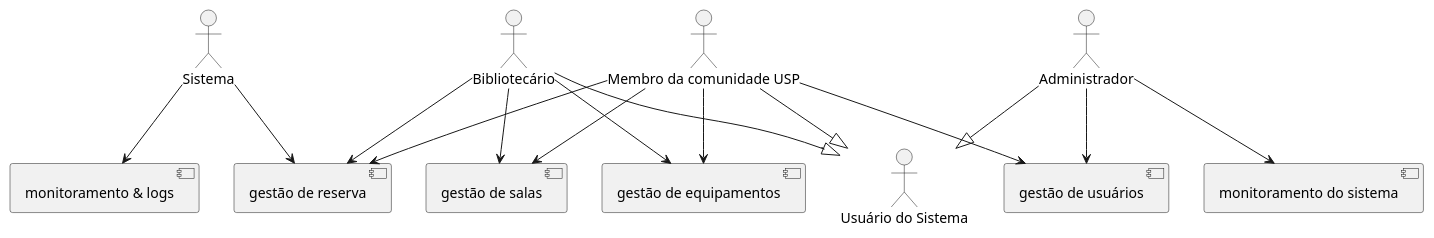
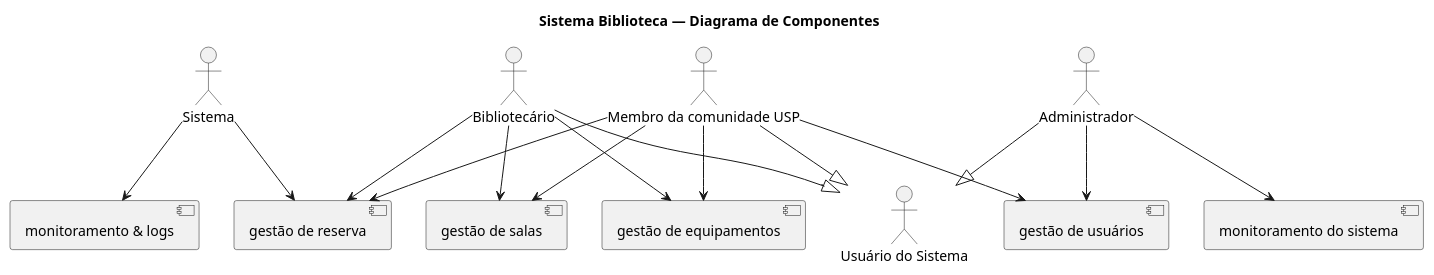
Before and after one commit to carloshenriquehannas/TCC: the diagram in Biblioteca/componentes-biblioteca.puml, drawn with PlantUML. The commit also changed 7 other files, not shown here.

```diff
--- a/Biblioteca/componentes-biblioteca.puml
+++ b/Biblioteca/componentes-biblioteca.puml
@@ -1,37 +1,39 @@
-@startuml
+@startuml componentes-biblioteca
+title Sistema Biblioteca — Diagrama de Componentes
+
 ' Atores
 actor "Usuário do Sistema" as UsuarioDoSistema
 actor "Membro da comunidade USP" as MembroDaComunidadeUSP
 actor "Bibliotecário" as Bibliotecario
 actor "Administrador" as Administrador
 actor "Sistema" as Sistema
 
 ' Relações entre atores (conforme diagrama de casos de uso)
 MembroDaComunidadeUSP --|> UsuarioDoSistema
 Bibliotecario --|> UsuarioDoSistema
 Administrador --|> UsuarioDoSistema
 
 ' Componentes
 component "gestão de reserva"
 component "gestão de usuários"
 component "gestão de equipamentos"
 component "gestão de salas"
 component "monitoramento do sistema"
 component "monitoramento & logs"
 
 ' Relações ator–componente (mesma semântica e sintaxe dos casos de uso)
 MembroDaComunidadeUSP --> "gestão de usuários"
 MembroDaComunidadeUSP --> "gestão de salas"
 MembroDaComunidadeUSP --> "gestão de equipamentos"
 MembroDaComunidadeUSP --> "gestão de reserva"
 
 Bibliotecario --> "gestão de salas"
 Bibliotecario --> "gestão de equipamentos"
 Bibliotecario --> "gestão de reserva"
 
 Administrador --> "gestão de usuários"
 Administrador --> "monitoramento do sistema"
 
 Sistema --> "gestão de reserva"
 Sistema --> "monitoramento & logs"
 @enduml
```
